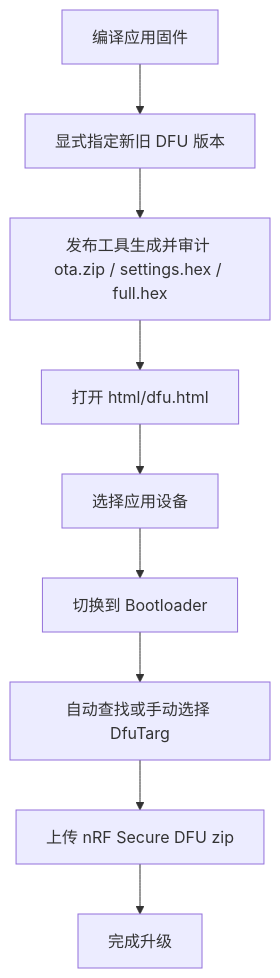
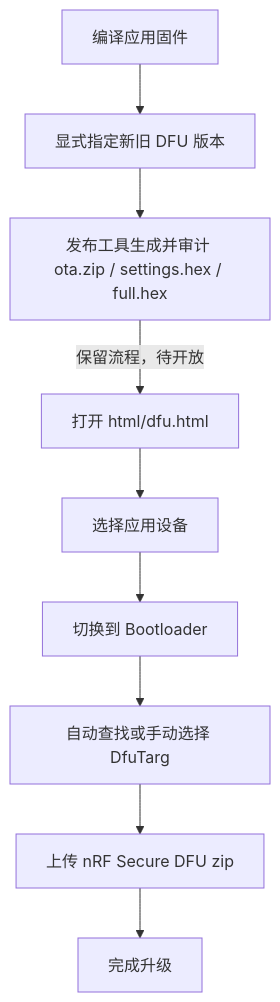
The second of 2 diagrams in README.md (YCD12/nRF_EPD), drawn with Mermaid before and after one commit. The commit also changed other lines of this file and 37 other files, not shown here.

````diff
--- a/README.md
+++ b/README.md
@@ -438,11 +452,11 @@
 ```mermaid
 flowchart TD
     A[编译应用固件] --> B[显式指定新旧 DFU 版本]
     B --> C[发布工具生成并审计 ota.zip / settings.hex / full.hex]
-    C --> D[打开 html/dfu.html]
+    C -->|保留流程，待开放| D[打开 html/dfu.html]
     D --> E[选择应用设备]
     E --> F[切换到 Bootloader]
     F --> G[自动查找或手动选择 DfuTarg]
     G --> H[上传 nRF Secure DFU zip]
     H --> I[完成升级]
 ```
````
